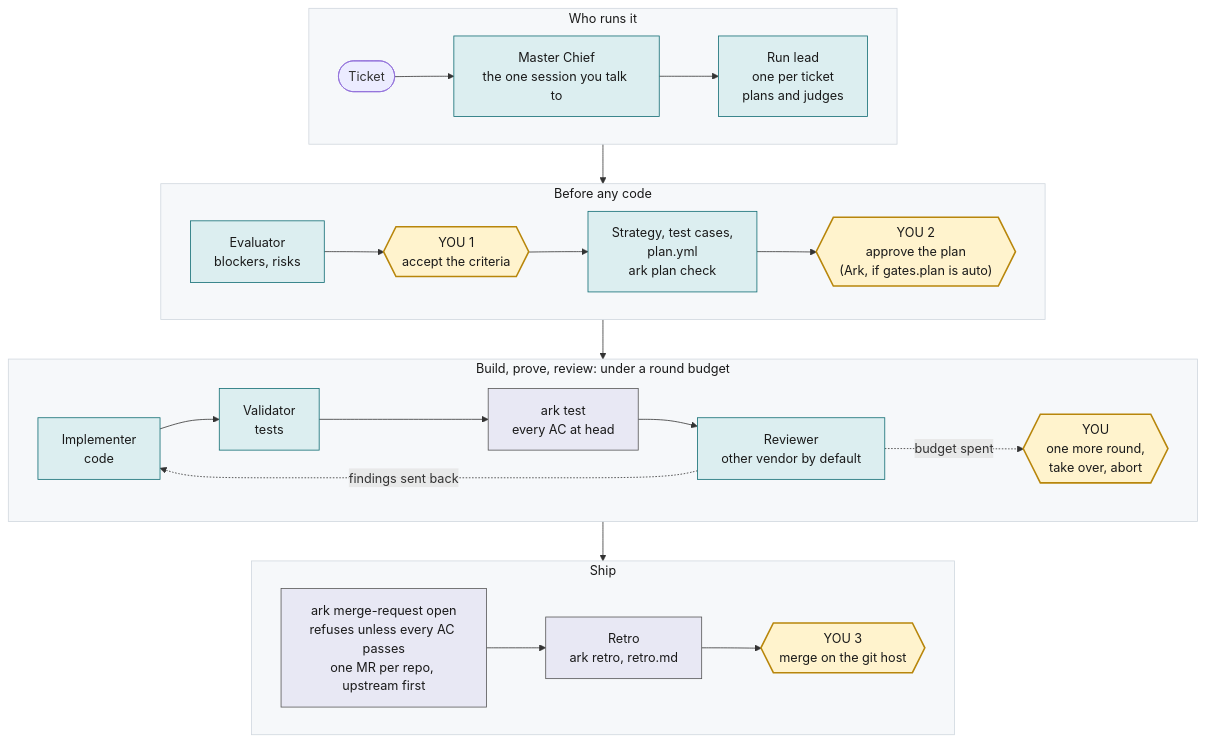
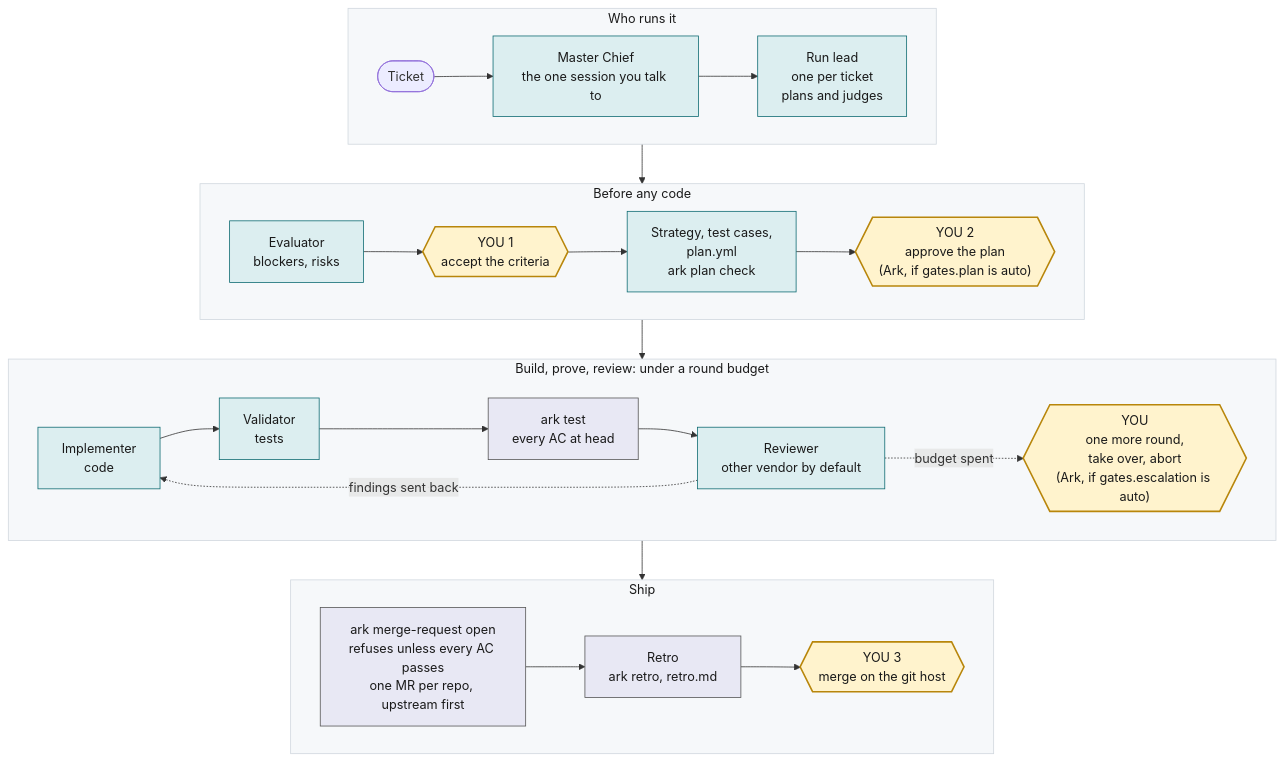
One commit to cobekarhoff/ark changed the first of 2 diagrams in README.md. Above: the diagram before and after it, drawn with Mermaid. The commit also changed other lines of this file and 4 other files, not shown here.

Commit message:
ARK-364: escalation gate, auto rounds, evidence, risks and ticket rows match the code

````diff
--- a/README.md
+++ b/README.md
@@ -15,31 +15,31 @@
 ```mermaid
 flowchart TB
   subgraph start ["Who runs it"]
     direction LR
     ticket([Ticket]) --> mc["Master Chief<br/>the one session you talk to"] --> rl["Run lead<br/>one per ticket<br/>plans and judges"]
   end
   subgraph before ["Before any code"]
     direction LR
     ev["Evaluator<br/>blockers, risks"] --> g1{{"YOU 1<br/>accept the criteria"}} --> plan["Strategy, test cases,<br/>plan.yml<br/>ark plan check"] --> g2{{"YOU 2<br/>approve the plan<br/>(Ark, if gates.plan is auto)"}}
   end
   subgraph build ["Build, prove, review: under a round budget"]
     direction LR
     impl["Implementer<br/>code"] --> val["Validator<br/>tests"] --> t["ark test<br/>every AC at head"] --> rev["Reviewer<br/>other vendor by default"]
     rev -. "findings sent back" .-> impl
-    rev -. "budget spent" .-> esc{{"YOU<br/>one more round,<br/>take over, abort"}}
+    rev -. "budget spent" .-> esc{{"YOU<br/>one more round,<br/>take over, abort<br/>(Ark, if gates.escalation is auto)"}}
   end
   subgraph ship ["Ship"]
     direction LR
     mr["ark merge-request open<br/>refuses unless every AC passes<br/>one MR per repo, upstream first"] --> retro["Retro<br/>ark retro, retro.md"] --> g3{{"YOU 3<br/>merge on the git host"}}
   end
   start --> before --> build --> ship
 
   classDef lane fill:#f6f8fa,stroke:#d0d7de,color:#1a1a1a
   class start,before,build,ship lane
   classDef human fill:#fff3cd,stroke:#b8860b,stroke-width:2px,color:#1a1a1a
   classDef agent fill:#dceef0,stroke:#0e6b72,color:#1a1a1a
   classDef cmd fill:#e8e8f4,stroke:#555,color:#1a1a1a
   class g1,g2,g3,esc human
   class mc,rl,ev,impl,val,rev,plan agent
   class t,mr,retro cmd
 ```
````
